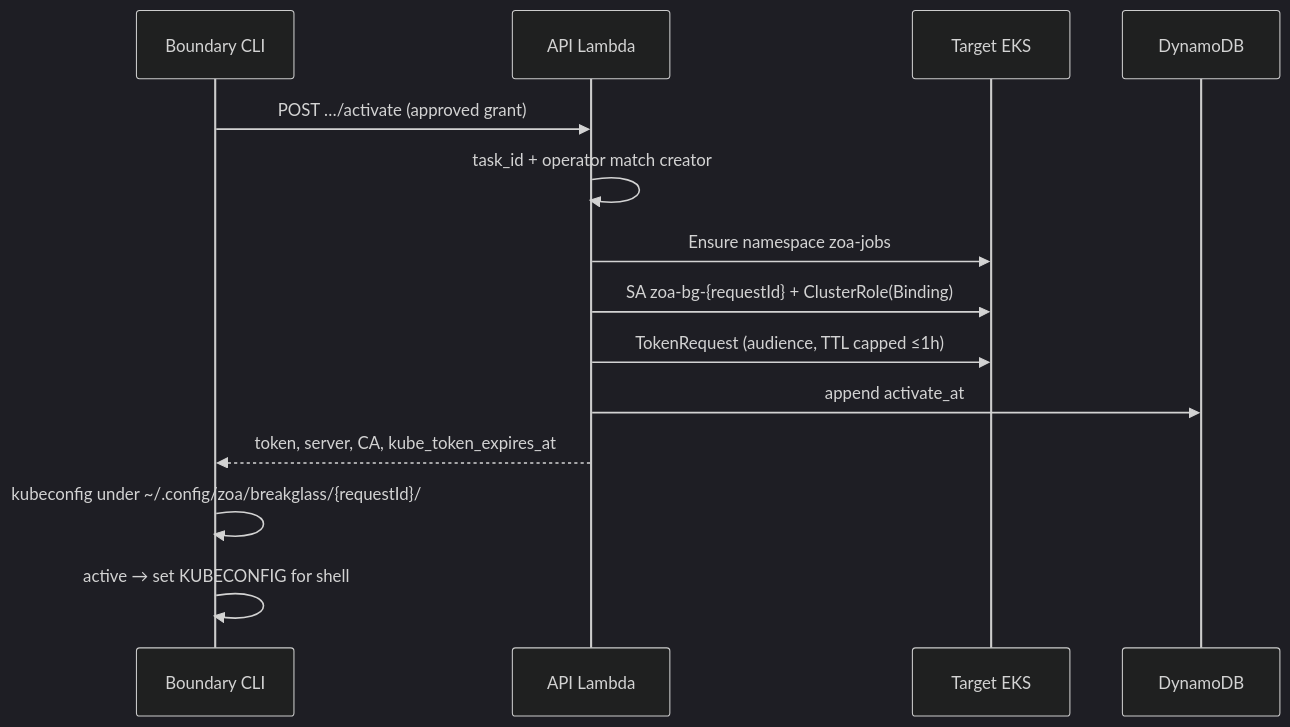
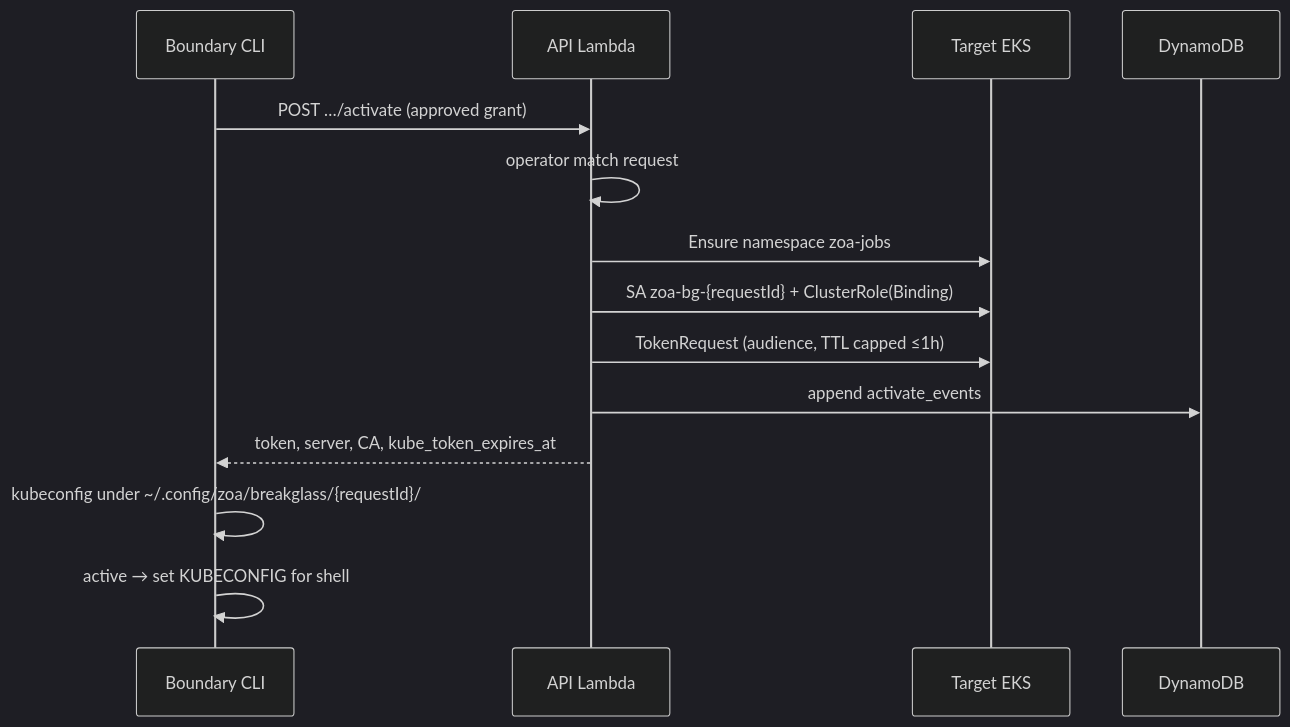
The second of 3 diagrams in docs/break-glass/credential-architecture.md (slopezz/rosa-hyperfleet-zoa), drawn with Mermaid (dark theme) before and after one commit. The commit also changed other lines of this file and 20 other files, not shown here.

````diff
--- a/docs/break-glass/credential-architecture.md
+++ b/docs/break-glass/credential-architecture.md
@@ -56,17 +56,17 @@
 ```mermaid
 sequenceDiagram
     participant B as Boundary CLI
     participant API as API Lambda
     participant EKS as Target EKS
     participant DDB as DynamoDB
 
     B->>API: POST …/activate (approved grant)
-    API->>API: task_id + operator match creator
+    API->>API: operator match request
     API->>EKS: Ensure namespace zoa-jobs
     API->>EKS: SA zoa-bg-{requestId} + ClusterRole(Binding)
     API->>EKS: TokenRequest (audience, TTL capped ≤1h)
-    API->>DDB: append activate_at
+    API->>DDB: append activate_events
     API-->>B: token, server, CA, kube_token_expires_at
     B->>B: kubeconfig under ~/.config/zoa/breakglass/{requestId}/
     B->>B: active → set KUBECONFIG for shell
 ```
````
